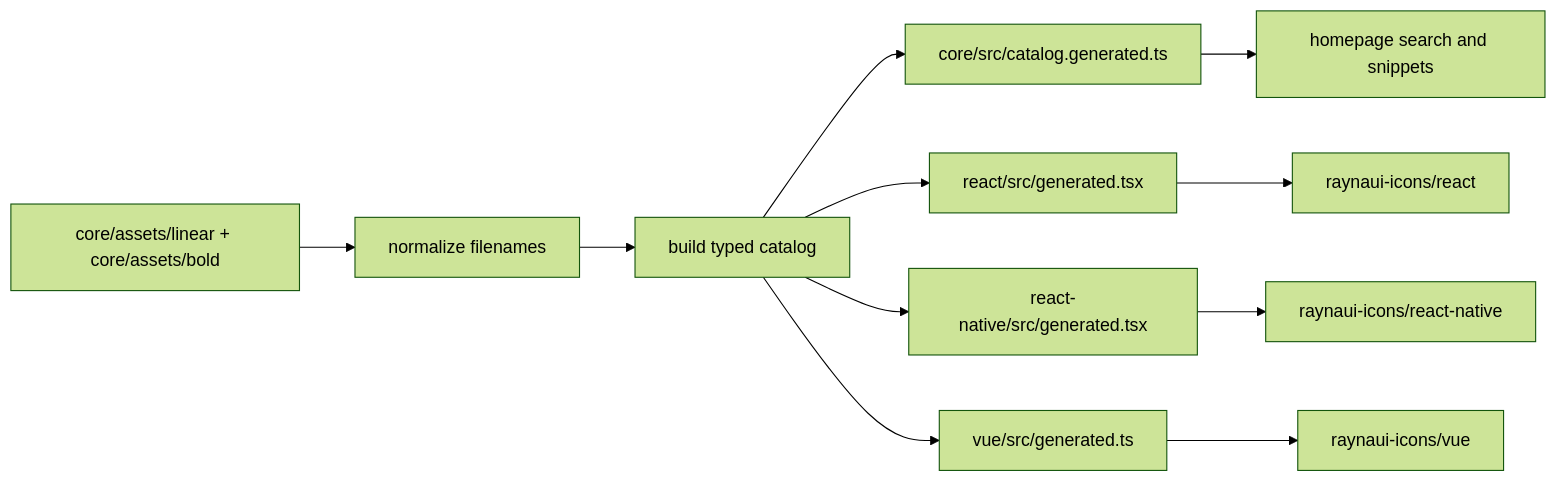
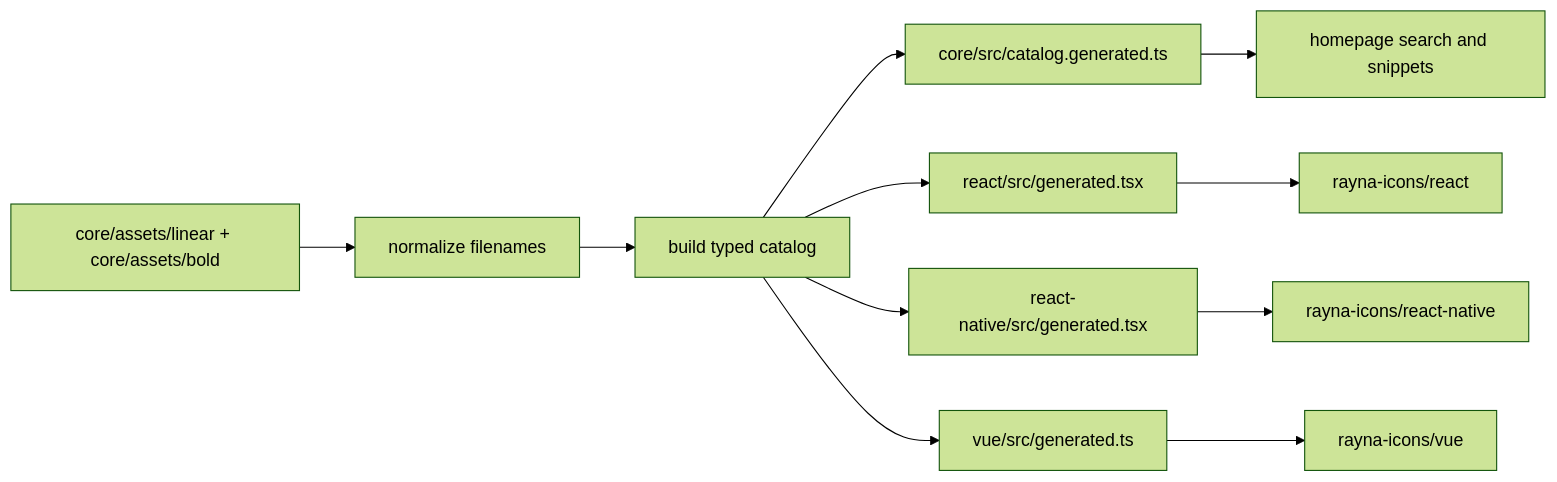
The diagram in core/CONTRIBUTING.mmd (emekauja/rayna-ui-icons), drawn with Mermaid (forest theme) before and after one commit. The commit also changed 11 other files, not shown here.

Commit message:
feat: Rename package from `raynaui-icons` to `rayna-icons` and implement SEO improvements for the homepage with sitemap, robots.txt, and enhanced metadata.

```diff
--- a/core/CONTRIBUTING.mmd
+++ b/core/CONTRIBUTING.mmd
@@ -1,11 +1,11 @@
 flowchart LR
   A[core/assets/linear + core/assets/bold] --> B[normalize filenames]
   B --> C[build typed catalog]
   C --> D[core/src/catalog.generated.ts]
   C --> E[react/src/generated.tsx]
   C --> F[react-native/src/generated.tsx]
   C --> G[vue/src/generated.ts]
   D --> H[homepage search and snippets]
-  E --> I[raynaui-icons/react]
-  F --> J[raynaui-icons/react-native]
-  G --> K[raynaui-icons/vue]
+  E --> I[rayna-icons/react]
+  F --> J[rayna-icons/react-native]
+  G --> K[rayna-icons/vue]
```
